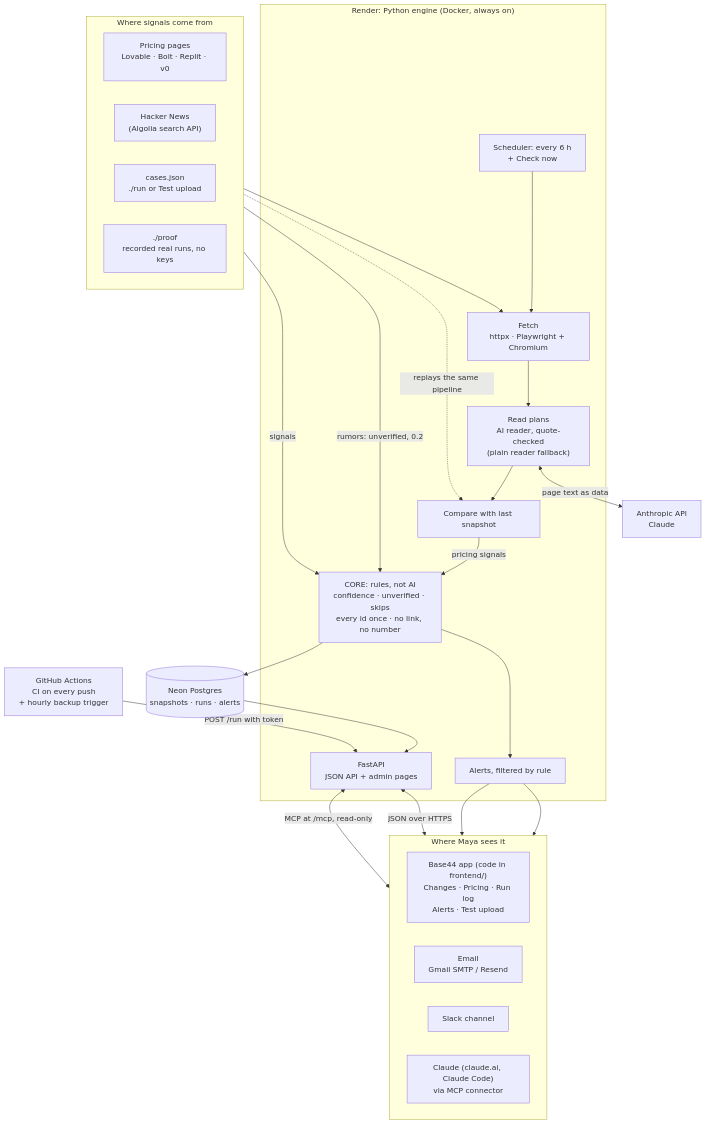
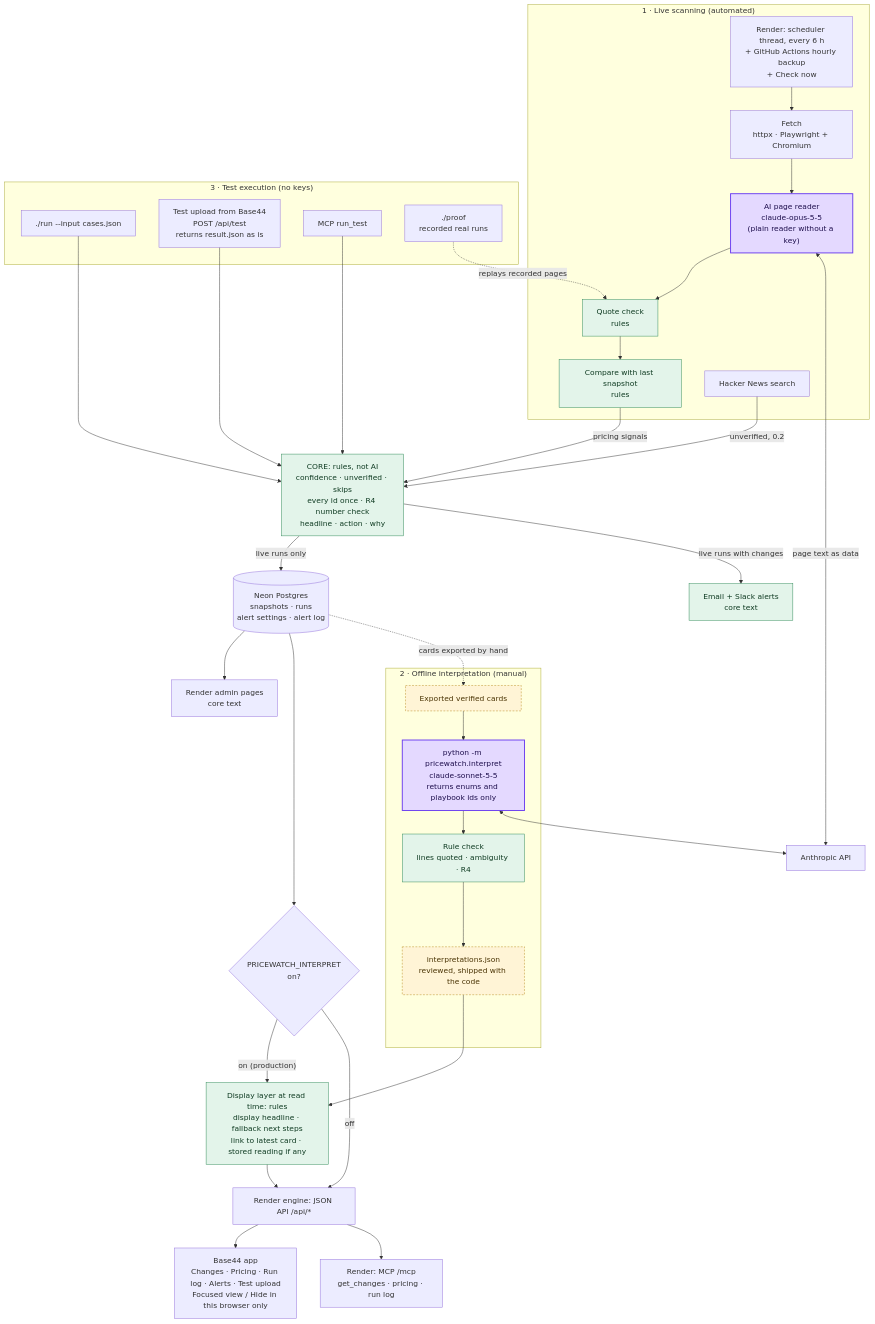
The second of 2 diagrams in README.md (bermanguy/brightloop-ai-marketing-builder), drawn with Mermaid before and after one commit. The commit also changed other lines of this file and 10 other files, not shown here.

First line of the commit message:
Final audit: Test upload rows fix, test-contract tests, docs that match the build

````diff
--- a/README.md
+++ b/README.md
@@ -79,45 +88,63 @@
 ```mermaid
 flowchart TB
-    subgraph inputs["Where signals come from"]
-        direction LR
-        pages["Pricing pages<br/>Lovable · Bolt · Replit · v0"]
-        hn["Hacker News<br/>(Algolia search API)"]
-        cases["cases.json<br/>./run or Test upload"]
-        proof["./proof<br/>recorded real runs, no keys"]
+    subgraph LIVE["1 · Live scanning (automated)"]
+        sched["Render: scheduler thread, every 6 h<br/>+ GitHub Actions hourly backup<br/>+ Check now"]
+        fetch["Fetch<br/>httpx · Playwright + Chromium"]
+        reader["AI page reader<br/>claude-opus-5-5<br/>(plain reader without a key)"]
+        qc["Quote check<br/>rules"]
+        cmp["Compare with last snapshot<br/>rules"]
+        hn["Hacker News search"]
     end
 
-    subgraph render["Render: Python engine (Docker, always on)"]
-        sched["Scheduler: every 6 h<br/>+ Check now"]
-        fetch["Fetch<br/>httpx · Playwright + Chromium"]
-        read["Read plans<br/>AI reader, quote-checked<br/>(plain reader fallback)"]
-        compare["Compare with last snapshot"]
-        core["CORE: rules, not AI<br/>confidence · unverified · skips<br/>every id once · no link, no number"]
-        notify["Alerts, filtered by rule"]
-        api["FastAPI<br/>JSON API + admin pages"]
+    subgraph TEST["3 · Test execution (no keys)"]
+        cli["./run --input cases.json"]
+        upload["Test upload from Base44<br/>POST /api/test<br/>returns result.json as is"]
+        mcptest["MCP run_test"]
+        proof["./proof<br/>recorded real runs"]
     end
 
-    claude["Anthropic API<br/>Claude"]
-    db[("Neon Postgres<br/>snapshots · runs · alerts")]
-    gh["GitHub Actions<br/>CI on every push<br/>+ hourly backup trigger"]
+    core["CORE: rules, not AI<br/>confidence · unverified · skips<br/>every id once · R4 number check<br/>headline · action · why"]
 
-    subgraph out["Where Maya sees it"]
-        direction LR
-        b44["Base44 app (code in frontend/)<br/>Changes · Pricing · Run log<br/>Alerts · Test upload"]
-        mail["Email<br/>Gmail SMTP / Resend"]
-        slack["Slack channel"]
-        ask["Claude (claude.ai, Claude Code)<br/>via MCP connector"]
+    subgraph OFFLINE["2 · Offline interpretation (manual)"]
+        export["Exported verified cards"]
+        interp["python -m pricewatch.interpret<br/>claude-sonnet-5-5<br/>returns enums and playbook ids only"]
+        check["Rule check<br/>lines quoted · ambiguity · R4"]
+        file["interpretations.json<br/>reviewed, shipped with the code"]
     end
 
-    sched --> fetch
-    pages --> fetch --> read --> compare -->|"pricing signals"| core
-    read <-->|"page text as data"| claude
-    hn -->|"rumors: unverified, 0.2"| core
-    cases -->|"signals"| core
-    proof -.->|"replays the same pipeline"| compare
-    core --> db
-    core --> notify --> mail & slack
-    db --> api
-    api <-->|"JSON over HTTPS"| b44
-    api <-->|"MCP at /mcp, read-only"| ask
-    gh -->|"POST /run with token"| api
+    claude["Anthropic API"]
+    db[("Neon Postgres<br/>snapshots · runs<br/>alert settings · alert log")]
+    flag{"PRICEWATCH_INTERPRET<br/>on?"}
+    display["Display layer at read time: rules<br/>display headline · fallback next steps<br/>link to latest card · stored reading if any"]
+    api["Render engine: JSON API /api/*"]
+    mcp["Render: MCP /mcp<br/>get_changes · pricing · run log"]
+    notify["Email + Slack alerts<br/>core text"]
+    admin["Render admin pages<br/>core text"]
+    b44["Base44 app<br/>Changes · Pricing · Run log · Alerts · Test upload<br/>Focused view / Hide in this browser only"]
+
+    sched --> fetch --> reader --> qc --> cmp -->|"pricing signals"| core
+    reader <-->|"page text as data"| claude
+    hn -->|"unverified, 0.2"| core
+    cli --> core
+    upload --> core
+    mcptest --> core
+    proof -.->|"replays recorded pages"| qc
+    core -->|"live runs only"| db
+    core -->|"live runs with changes"| notify
+    db --> admin
+    db --> flag
+    flag -->|"on (production)"| display --> api
+    flag -->|"off"| api
+    file --> display
+    api --> b44
+    api --> mcp
+    db -.->|"cards exported by hand"| export --> interp --> check --> file
+    interp <--> claude
+
+    classDef ai fill:#e4d9ff,stroke:#6a3df0,stroke-width:2px,color:#1e0f4d
+    classDef rule fill:#e3f4ea,stroke:#2f8a57,color:#0f3b22
+    classDef offline fill:#fff4d6,stroke:#b7871b,stroke-dasharray:4 3,color:#4a3405
+    class reader,interp ai
+    class qc,cmp,core,check,display,notify rule
+    class export,file offline
 ```
````
